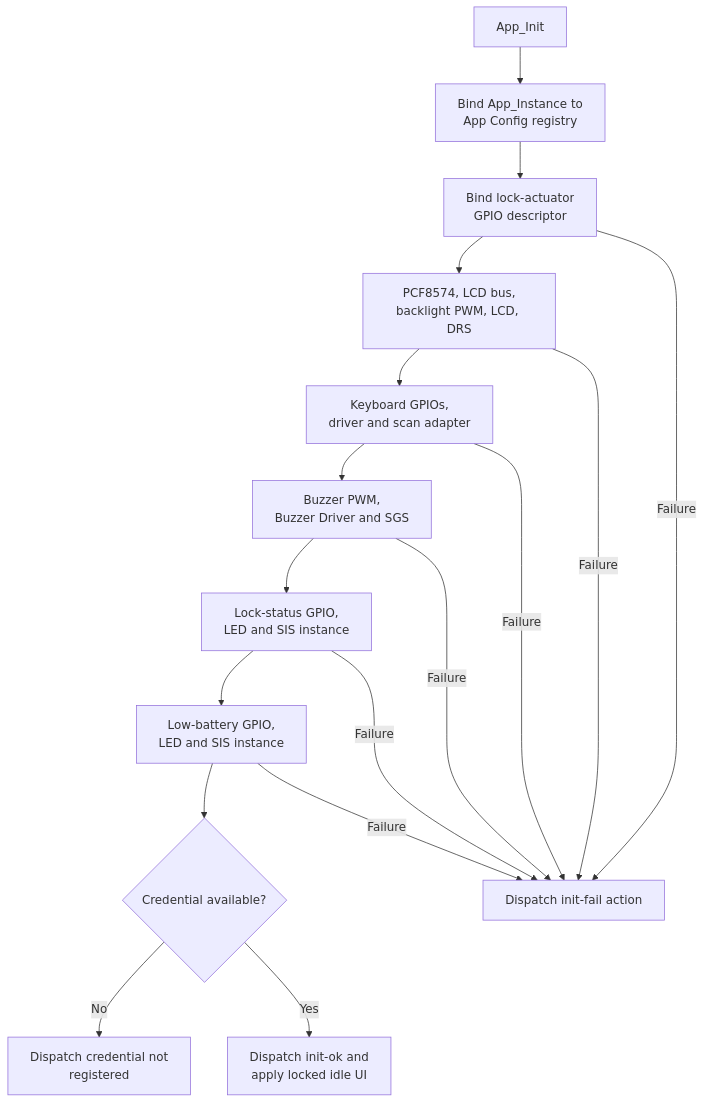
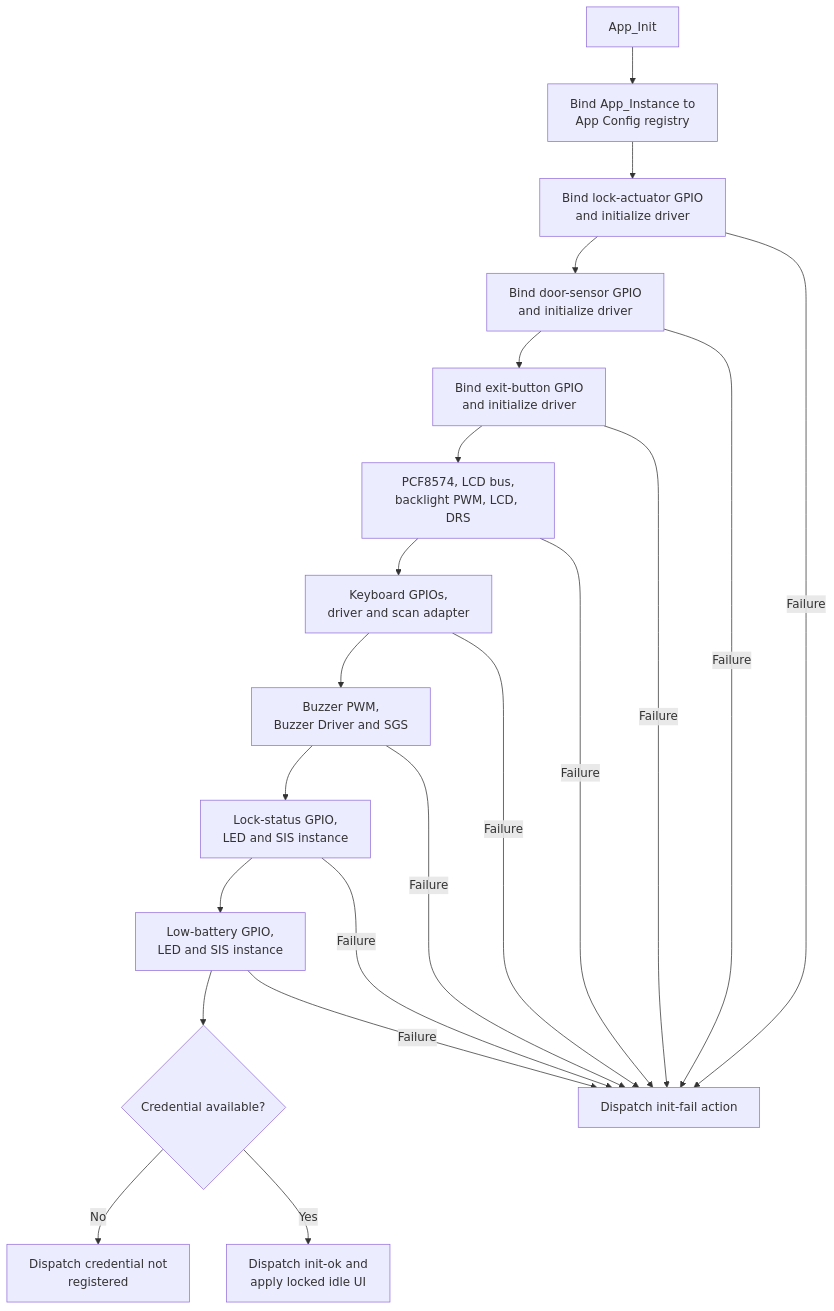
The second of 2 diagrams in App/README.md (JP-REY/STM32F103C8T6-Based-Electronic-Lock), drawn with Mermaid before and after one commit. The commit also changed other lines of this file and 22 other files, not shown here.

````diff
--- a/App/README.md
+++ b/App/README.md
@@ -249,19 +260,23 @@
 ```mermaid
 flowchart TD
     START["App_Init"] --> REG["Bind App_Instance to<br/>App Config registry"]
-    REG --> ACT["Bind lock-actuator<br/>GPIO descriptor"]
-    ACT --> LCD["PCF8574, LCD bus,<br/>backlight PWM, LCD, DRS"]
+    REG --> ACT["Bind lock-actuator GPIO<br/>and initialize driver"]
+    ACT --> DOOR["Bind door-sensor GPIO<br/>and initialize driver"]
+    DOOR --> EXIT["Bind exit-button GPIO<br/>and initialize driver"]
+    EXIT --> LCD["PCF8574, LCD bus,<br/>backlight PWM, LCD, DRS"]
     LCD --> KEY["Keyboard GPIOs,<br/>driver and scan adapter"]
     KEY --> BUZ["Buzzer PWM,<br/>Buzzer Driver and SGS"]
     BUZ --> LOCKLED["Lock-status GPIO,<br/>LED and SIS instance"]
     LOCKLED --> BATLED["Low-battery GPIO,<br/>LED and SIS instance"]
     BATLED --> CSS{"Credential available?"}
     CSS -->|No| FIRST["Dispatch credential not<br/>registered"]
     CSS -->|Yes| READY["Dispatch init-ok and<br/>apply locked idle UI"]
     ACT -->|Failure| FAIL["Dispatch init-fail action"]
+    DOOR -->|Failure| FAIL
+    EXIT -->|Failure| FAIL
     LCD -->|Failure| FAIL
     KEY -->|Failure| FAIL
     BUZ -->|Failure| FAIL
     LOCKLED -->|Failure| FAIL
     BATLED -->|Failure| FAIL
 ```
````
